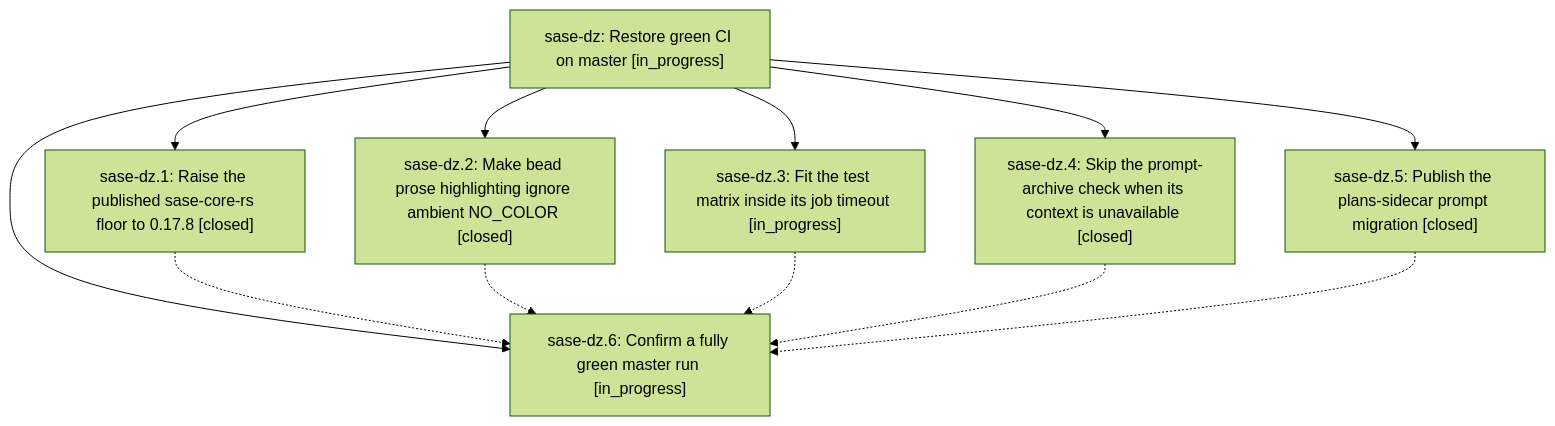
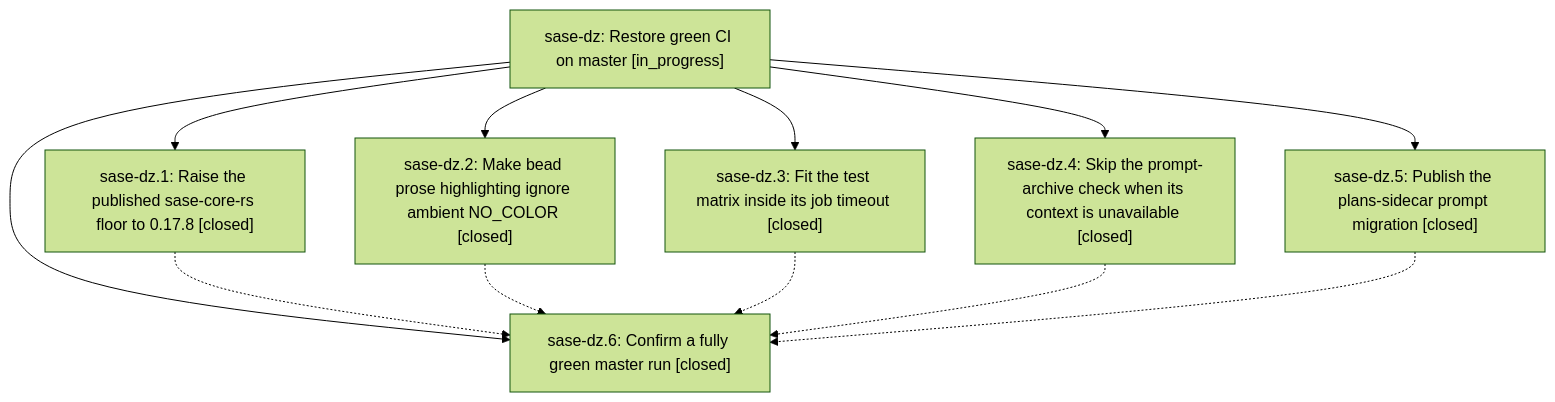
Before and after one commit to sase-org/sase--beads: the diagram in pages/sase-dz/README.md, drawn with Mermaid (forest theme). The commit also changed other lines of this file and 6 other files, not shown here.

````diff
--- a/pages/sase-dz/README.md
+++ b/pages/sase-dz/README.md
@@ -27,21 +37,21 @@
 ```mermaid
 flowchart TD
     n0["sase-dz: Restore green CI on master [in_progress]"]
     n1["sase-dz.1: Raise the published sase-core-rs floor to 0.17.8 [closed]"]
     n2["sase-dz.2: Make bead prose highlighting ignore ambient NO_COLOR [closed]"]
-    n3["sase-dz.3: Fit the test matrix inside its job timeout [in_progress]"]
+    n3["sase-dz.3: Fit the test matrix inside its job timeout [closed]"]
     n4["sase-dz.4: Skip the prompt-archive check when its context is unavailable [closed]"]
     n5["sase-dz.5: Publish the plans-sidecar prompt migration [closed]"]
-    n6["sase-dz.6: Confirm a fully green master run [in_progress]"]
+    n6["sase-dz.6: Confirm a fully green master run [closed]"]
     n0 --> n1
     n0 --> n2
     n0 --> n3
     n0 --> n4
     n0 --> n5
     n0 --> n6
     n1 -.-> n6
     n2 -.-> n6
     n3 -.-> n6
     n4 -.-> n6
     n5 -.-> n6
 ```
````
